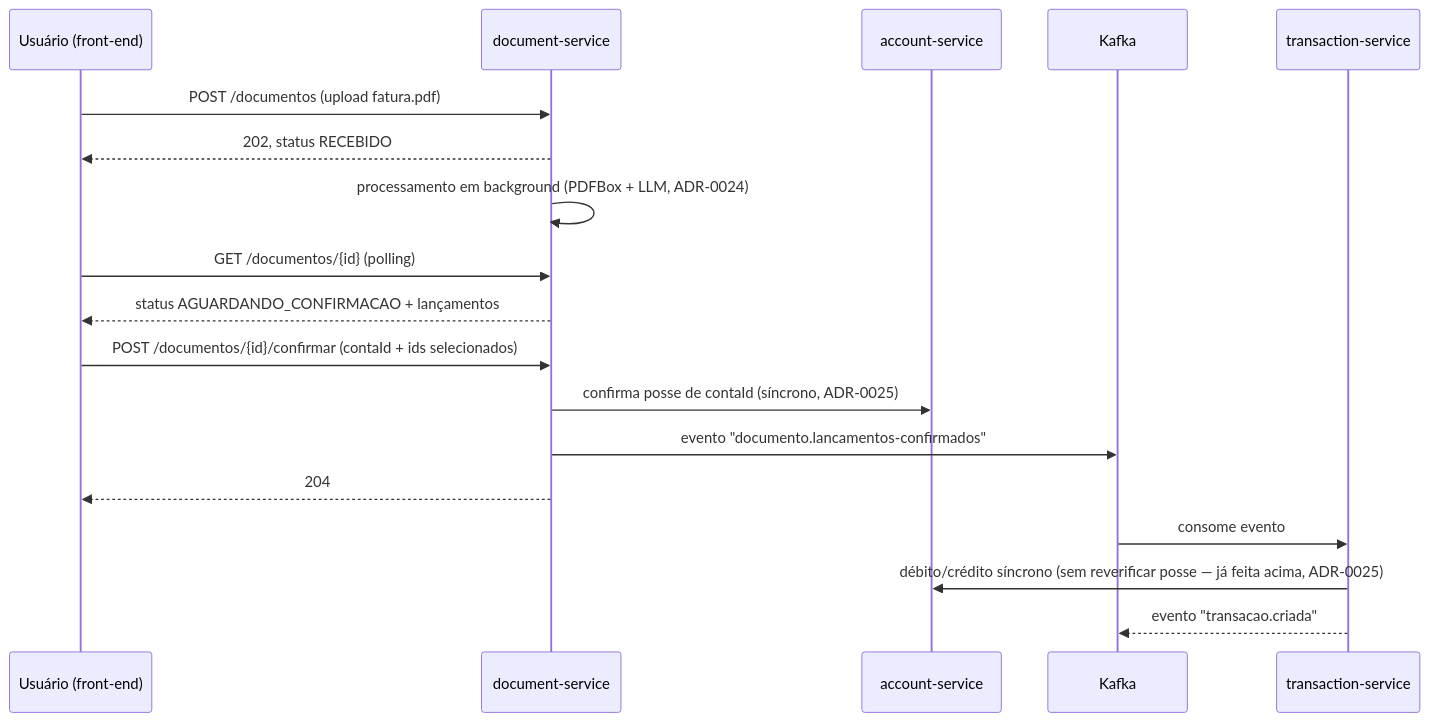
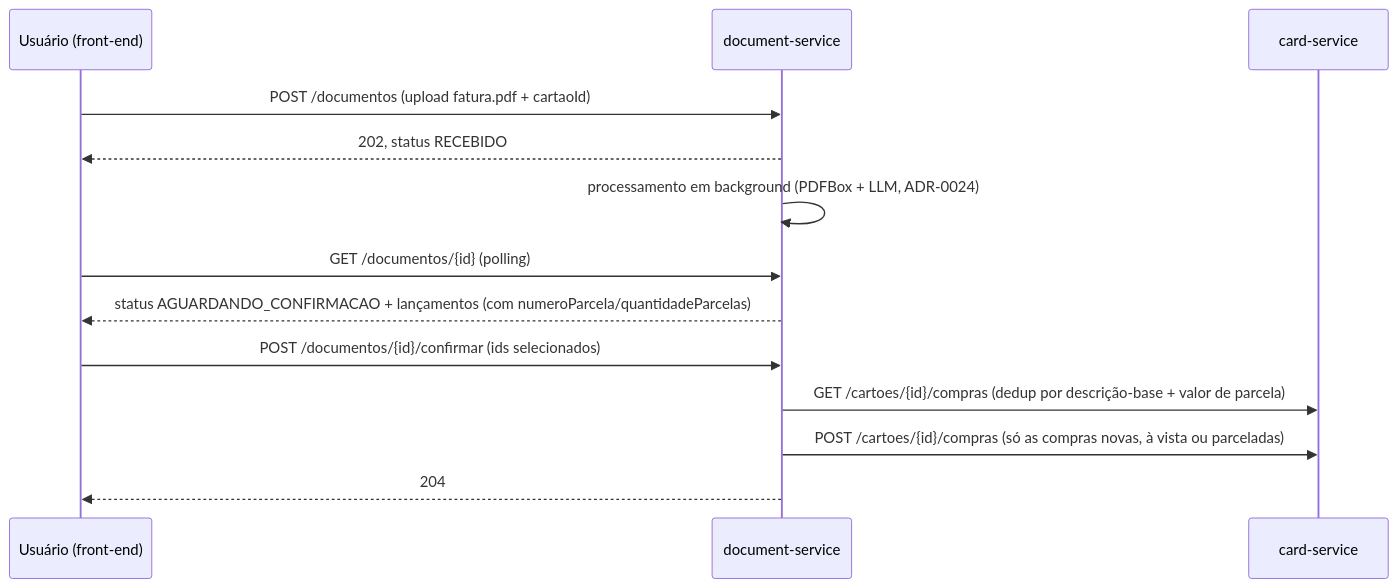
The first of 6 diagrams in docs/architecture/overview.md (wep1980/wepdev-financas), drawn with Mermaid before and after one commit. The commit also changed other lines of this file and 165 other files, not shown here.

````diff
--- a/docs/architecture/overview.md
+++ b/docs/architecture/overview.md
@@ -42,21 +46,16 @@
 ```mermaid
 sequenceDiagram
     participant U as Usuário (front-end)
     participant D as document-service
-    participant A as account-service
-    participant K as Kafka
-    participant T as transaction-service
+    participant C as card-service
 
-    U->>D: POST /documentos (upload fatura.pdf)
+    U->>D: POST /documentos (upload fatura.pdf + cartaoId)
     D-->>U: 202, status RECEBIDO
     D->>D: processamento em background (PDFBox + LLM, ADR-0024)
     U->>D: GET /documentos/{id} (polling)
-    D-->>U: status AGUARDANDO_CONFIRMACAO + lançamentos
-    U->>D: POST /documentos/{id}/confirmar (contaId + ids selecionados)
-    D->>A: confirma posse de contaId (síncrono, ADR-0025)
-    D->>K: evento "documento.lancamentos-confirmados"
+    D-->>U: status AGUARDANDO_CONFIRMACAO + lançamentos (com numeroParcela/quantidadeParcelas)
+    U->>D: POST /documentos/{id}/confirmar (ids selecionados)
+    D->>C: GET /cartoes/{id}/compras (dedup por descrição-base + valor de parcela)
+    D->>C: POST /cartoes/{id}/compras (só as compras novas, à vista ou parceladas)
     D-->>U: 204
-    K->>T: consome evento
-    T->>A: débito/crédito síncrono (sem reverificar posse — já feita acima, ADR-0025)
-    T-->>K: evento "transacao.criada"
 ```
````
